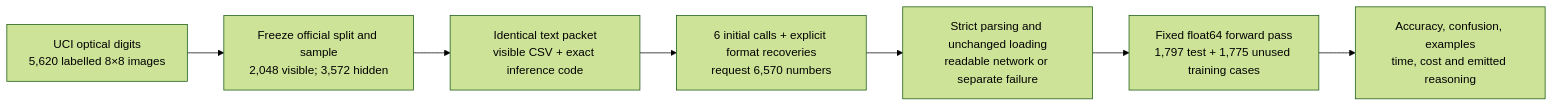
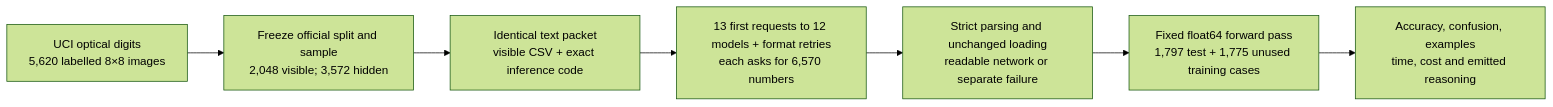
Before and after one commit to k-sandhu/experiment-notebooks: the first of 2 diagrams in notebooks/41-direct-weight-mlps/README.md, drawn with Mermaid (forest theme). The commit also changed other lines of this file and 173 other files, not shown here.

````diff
--- a/notebooks/41-direct-weight-mlps/README.md
+++ b/notebooks/41-direct-weight-mlps/README.md
@@ -44,9 +46,9 @@
 ```mermaid
 flowchart LR
     U["UCI optical digits<br/>5,620 labelled 8×8 images"] --> S["Freeze official split and sample<br/>2,048 visible; 3,572 hidden"]
     S --> P["Identical text packet<br/>visible CSV + exact inference code"]
-    P --> M["6 initial calls + explicit format recoveries<br/>request 6,570 numbers"]
+    P --> M["13 first requests to 12 models + format retries<br/>each asks for 6,570 numbers"]
     M --> V["Strict parsing and unchanged loading<br/>readable network or separate failure"]
     V --> E["Fixed float64 forward pass<br/>1,797 test + 1,775 unused training cases"]
     E --> R["Accuracy, confusion, examples<br/>time, cost and emitted reasoning"]
 ```
````
